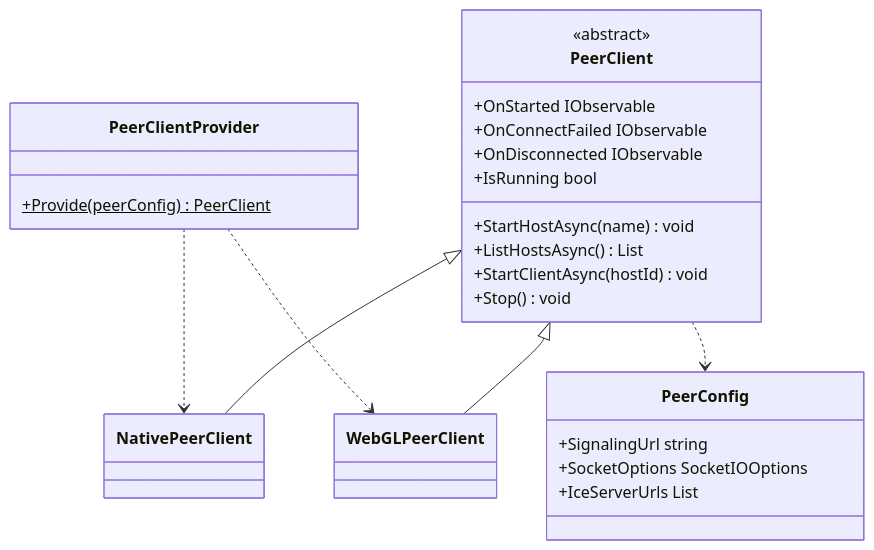
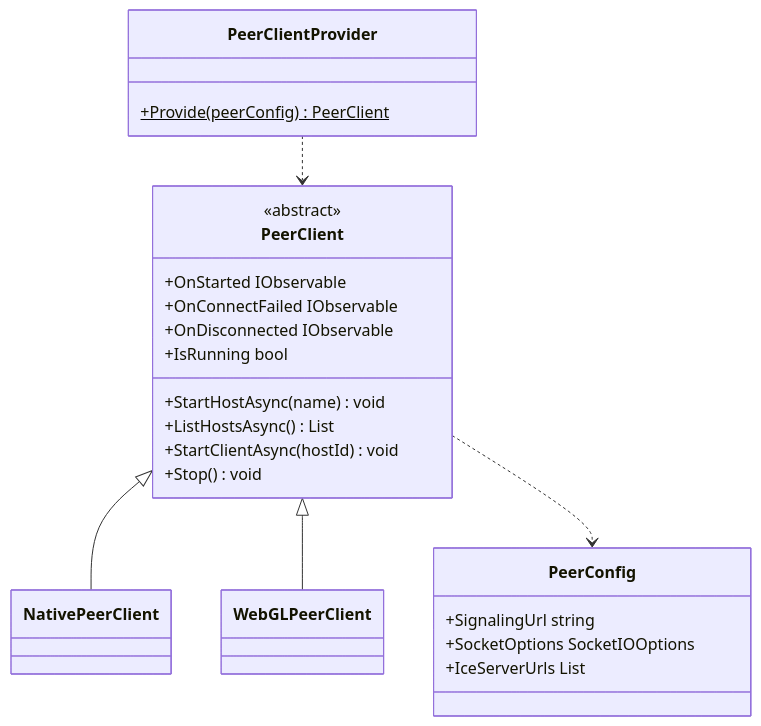
One commit to extreal-dev/Extreal.Guide changed the first of 3 diagrams in docs/integration/p2p.webrtc.md. Above: the diagram before and after it, drawn with Mermaid. The commit also changed 1 other file, not shown here.

Commit message:
Fix calss diagram

````diff
--- a/docs/integration/p2p.webrtc.md
+++ b/docs/integration/p2p.webrtc.md
@@ -27,37 +27,36 @@
 ```mermaid
 classDiagram
 
-    PeerClientProvider ..> NativePeerClient
-    PeerClientProvider ..> WebGLPeerClient
+    PeerClientProvider ..> PeerClient
     PeerClient <|-- NativePeerClient
     PeerClient <|-- WebGLPeerClient
     PeerClient ..> PeerConfig
 
     class PeerClientProvider {
         +Provide(peerConfig)$ PeerClient
     }
     
     class PeerClient {
         <<abstract>>
         +OnStarted IObservable
         +OnConnectFailed IObservable
         +OnDisconnected IObservable
         +IsRunning bool
         +StartHostAsync(name) void
         +ListHostsAsync() List
         +StartClientAsync(hostId) void
         +Stop() void
     }
     
     class PeerConfig {
         +SignalingUrl string
         +SocketOptions SocketIOOptions
         +IceServerUrls List
     }
 
     class NativePeerClient {
     }
     
     class WebGLPeerClient {
     }
 ```
````
